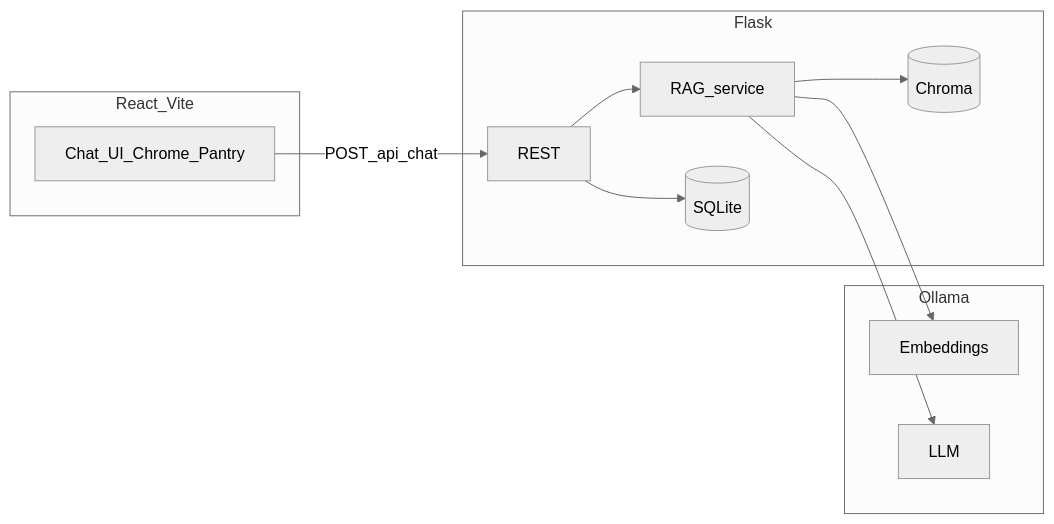
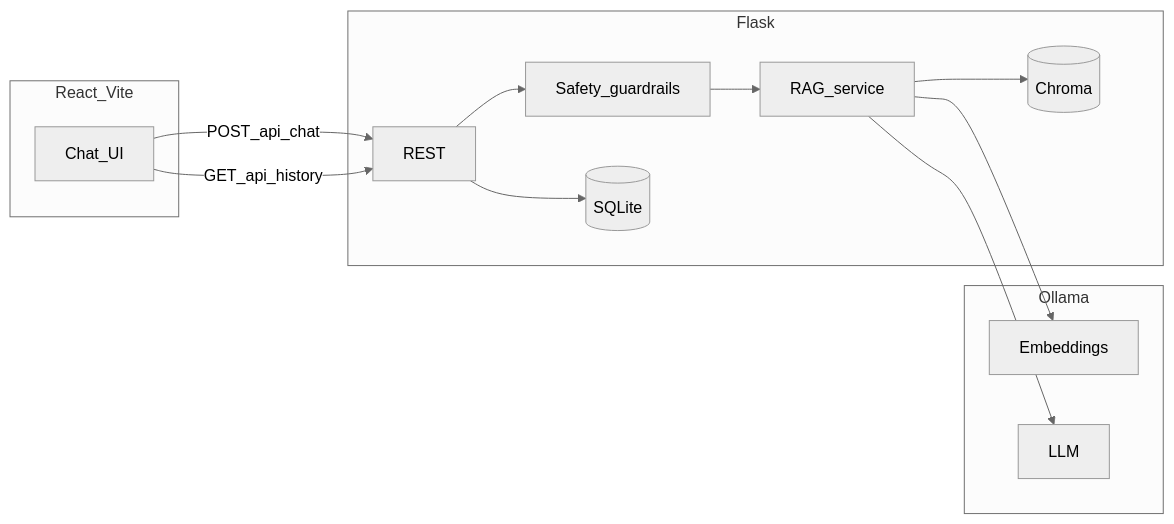
The diagram in docs/ARCHITECTURE.md (arungtaab/nutrition-chatbot), drawn with Mermaid (neutral theme) before and after one commit. The commit also changed other lines of this file and 43 other files, not shown here.

First line of the commit message:
Ship Nourish MVP: RAG API hardening, safety, tests, deploy config

````diff
--- a/docs/ARCHITECTURE.md
+++ b/docs/ARCHITECTURE.md
@@ -3,22 +10,25 @@
 ```mermaid
 flowchart LR
   subgraph ui [React_Vite]
-    Chat[Chat_UI_Chrome_Pantry]
+    Chat[Chat_UI]
   end
   subgraph api [Flask]
     Routes[REST]
+    Safe[Safety_guardrails]
     RAG[RAG_service]
     DB[(SQLite)]
     VS[(Chroma)]
   end
   subgraph ollama [Ollama]
     Emb[Embeddings]
     LLM[LLM]
   end
   Chat -->|POST_api_chat| Routes
-  Routes --> RAG
+  Routes --> Safe
+  Safe --> RAG
   RAG --> VS
   RAG --> Emb
   RAG --> LLM
   Routes --> DB
+  Chat -->|GET_api_history| Routes
 ```
````
